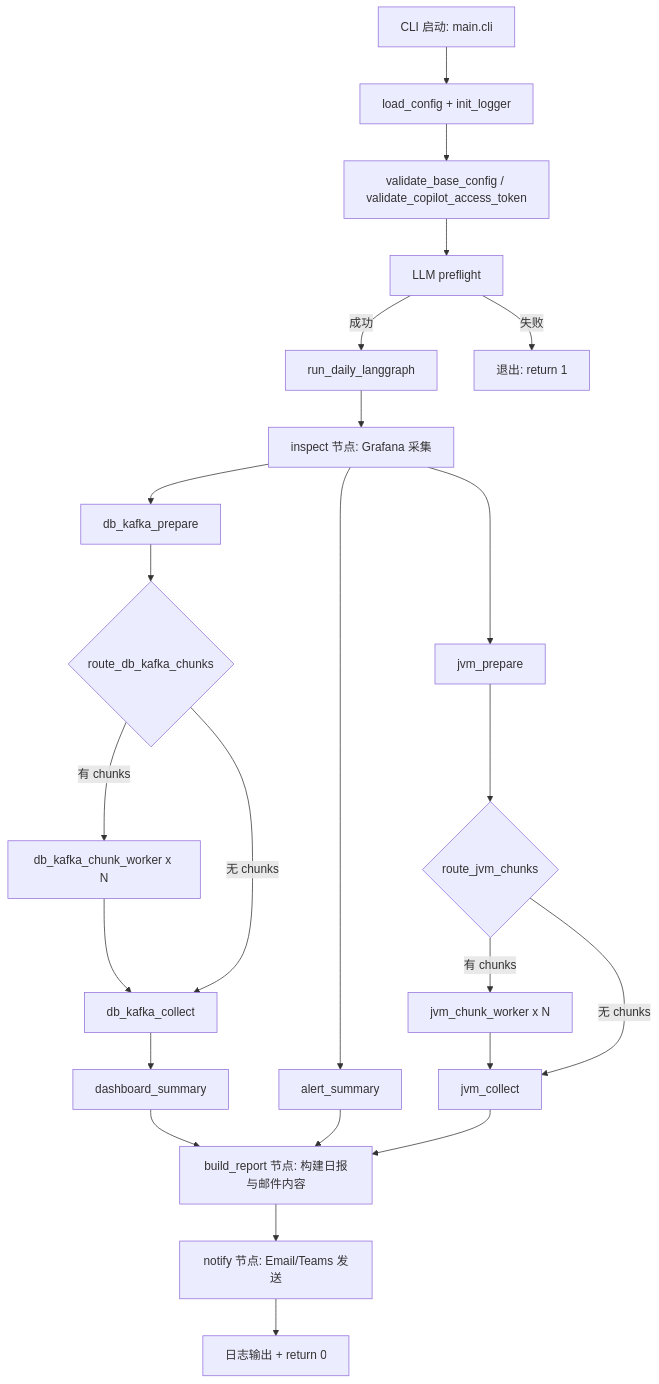
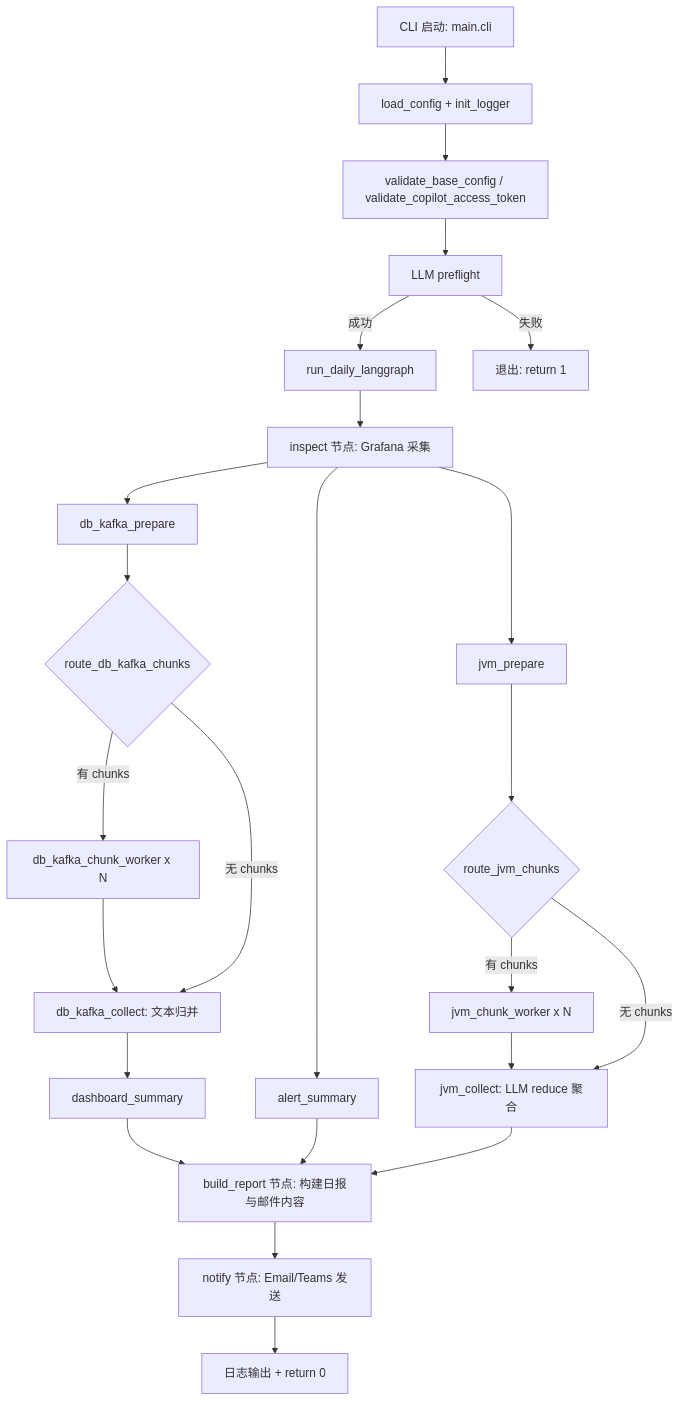
Before and after one commit to gengjie/grafana-inspection-agent: the first of 4 diagrams in ARCHITECTURE.zh-CN.md, drawn with Mermaid. The commit also changed other lines of this file and 4 other files, not shown here.

Commit message:
llm merge for jvm report

````diff
--- a/ARCHITECTURE.zh-CN.md
+++ b/ARCHITECTURE.zh-CN.md
@@ -47,31 +47,31 @@
 ```mermaid
 flowchart TD
     A[CLI 启动: main.cli] --> B[load_config + init_logger]
     B --> C[validate_base_config / validate_copilot_access_token]
     C --> D[LLM preflight]
     D -->|成功| E[run_daily_langgraph]
     D -->|失败| Z1[退出: return 1]
 
     E --> F[inspect 节点: Grafana 采集]
 
     F --> G1[db_kafka_prepare]
     G1 --> G2{route_db_kafka_chunks}
     G2 -->|有 chunks| G3[db_kafka_chunk_worker x N]
-    G3 --> G4[db_kafka_collect]
+    G3 --> G4[db_kafka_collect: 文本归并]
     G2 -->|无 chunks| G4
     G4 --> G5[dashboard_summary]
 
     F --> H1[alert_summary]
 
     F --> J1[jvm_prepare]
     J1 --> J2{route_jvm_chunks}
     J2 -->|有 chunks| J3[jvm_chunk_worker x N]
-    J3 --> J4[jvm_collect]
+    J3 --> J4[jvm_collect: LLM reduce 聚合]
     J2 -->|无 chunks| J4
 
     G5 --> I[build_report 节点: 构建日报与邮件内容]
     H1 --> I
     J4 --> I
     I --> J[notify 节点: Email/Teams 发送]
     J --> K[日志输出 + return 0]
 ```
````
